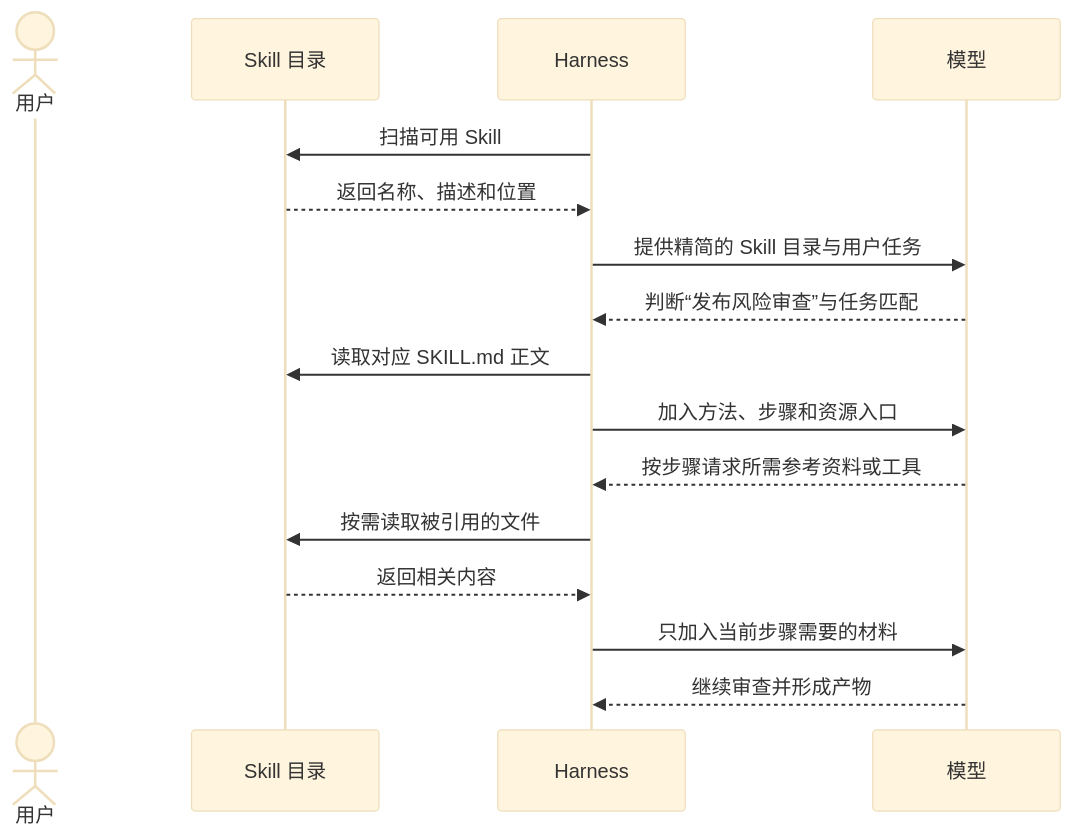
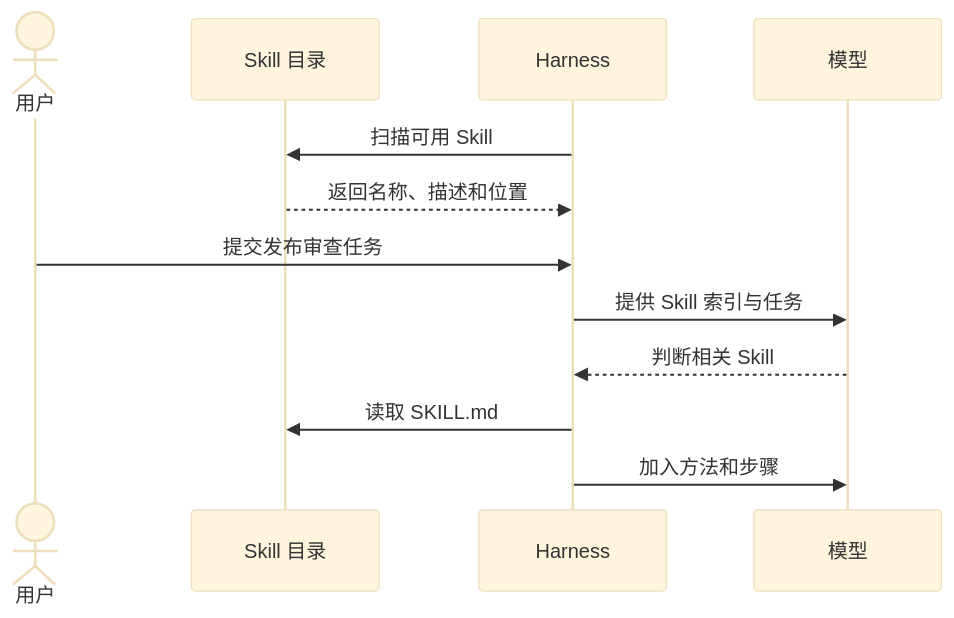
Before and after one commit to FoLaJJ/agent-systems-notes: the fifth of 11 diagrams in docs/03-foundations.md, drawn with Mermaid (base theme). The commit also changed other lines of this file and 11 other files, not shown here.

Commit message:
Improve Mermaid diagram readability

````diff
--- a/docs/03-foundations.md
+++ b/docs/03-foundations.md
@@ -212,19 +212,15 @@
 ```mermaid
 sequenceDiagram
     actor U as 用户
     participant F as Skill 目录
     participant H as Harness
     participant L as 模型
 
     H->>F: 扫描可用 Skill
     F-->>H: 返回名称、描述和位置
-    H->>L: 提供精简的 Skill 目录与用户任务
-    L-->>H: 判断“发布风险审查”与任务匹配
-    H->>F: 读取对应 SKILL.md 正文
-    H->>L: 加入方法、步骤和资源入口
-    L-->>H: 按步骤请求所需参考资料或工具
-    H->>F: 按需读取被引用的文件
-    F-->>H: 返回相关内容
-    H->>L: 只加入当前步骤需要的材料
-    L-->>H: 继续审查并形成产物
+    U->>H: 提交发布审查任务
+    H->>L: 提供 Skill 索引与任务
+    L-->>H: 判断相关 Skill
+    H->>F: 读取 SKILL.md
+    H->>L: 加入方法和步骤
 ```
````
